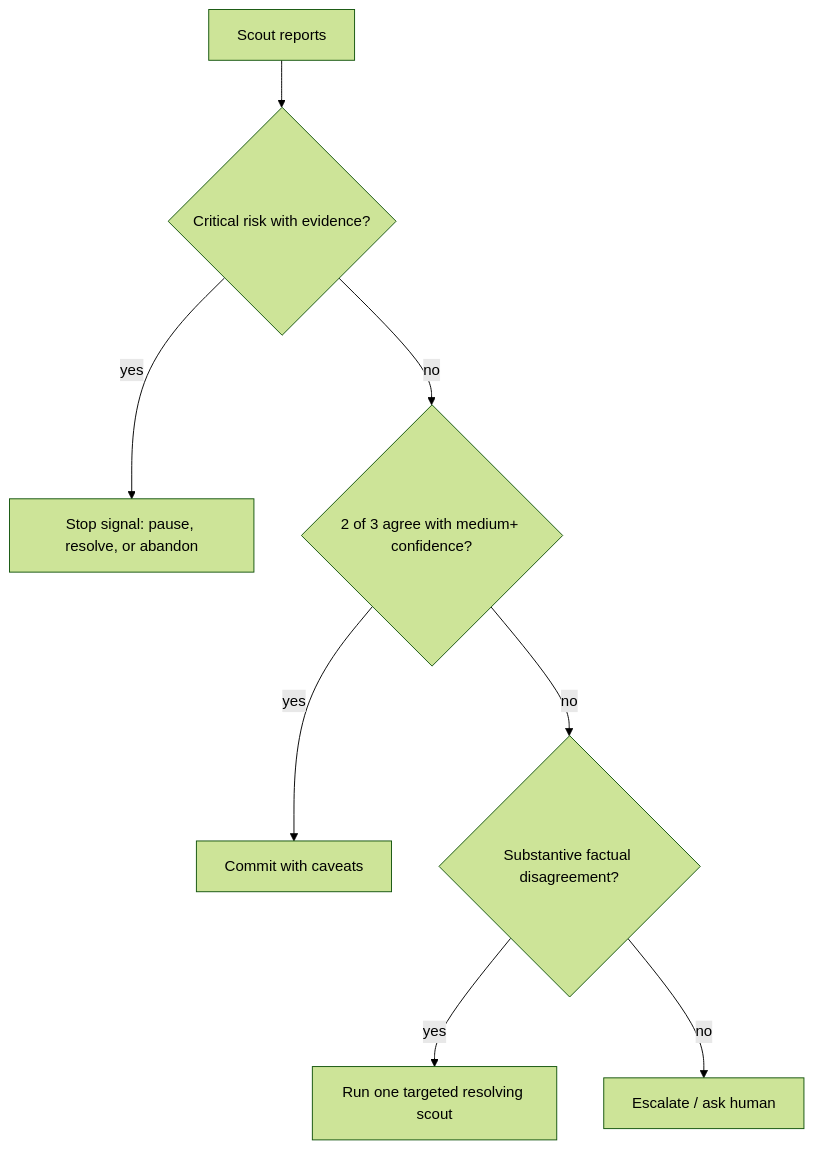
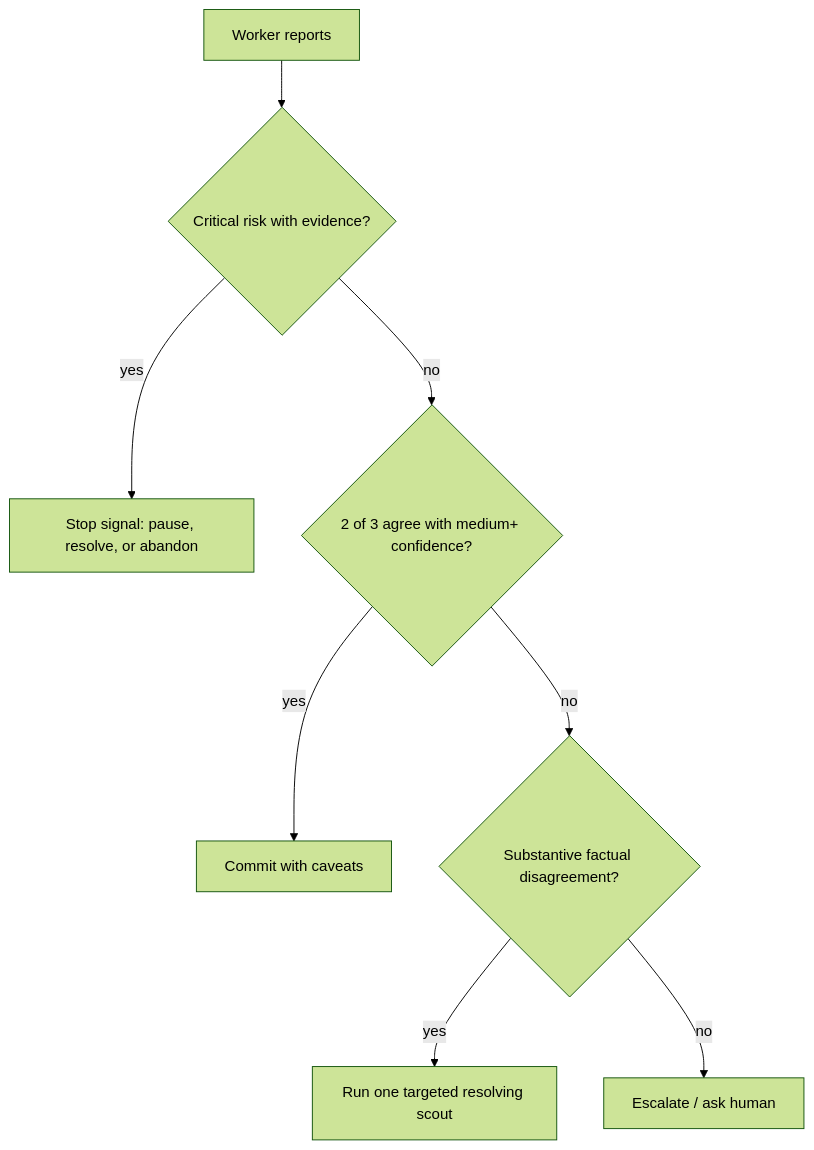
The fifth of 6 diagrams in DIAGRAMS.md (seintun/apiary), drawn with Mermaid (forest theme) before and after one commit. The commit also changed other lines of this file and 44 other files, not shown here.

````diff
--- a/DIAGRAMS.md
+++ b/DIAGRAMS.md
@@ -95,10 +95,10 @@
 ```mermaid
 flowchart TD
-    REPORTS[Scout reports] --> VETO{Critical risk with evidence?}
+    REPORTS[Worker reports] --> VETO{Critical risk with evidence?}
     VETO -- yes --> STOP[Stop signal: pause, resolve, or abandon]
     VETO -- no --> QUORUM{2 of 3 agree with medium+ confidence?}
     QUORUM -- yes --> COMMIT[Commit with caveats]
     QUORUM -- no --> DISAGREE{Substantive factual disagreement?}
     DISAGREE -- yes --> TARGET[Run one targeted resolving scout]
     DISAGREE -- no --> ASK[Escalate / ask human]
 ```
````
